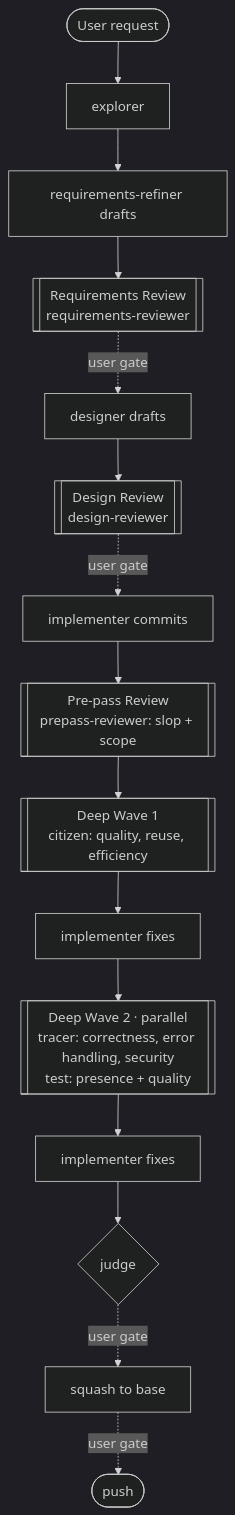
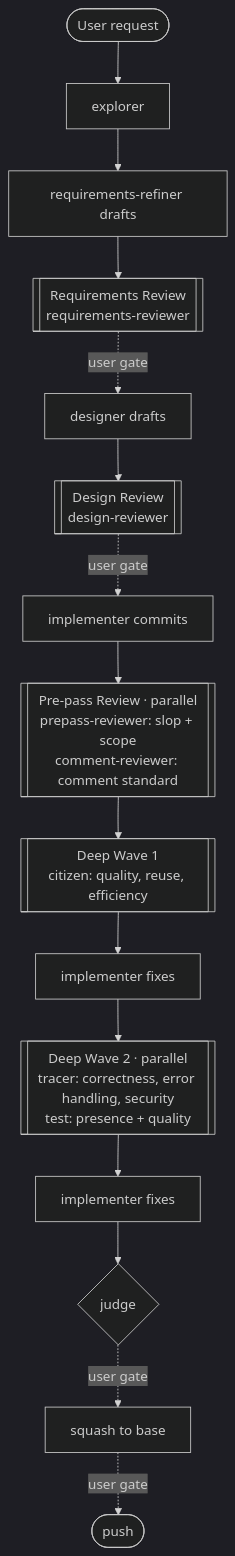
Before and after one commit to rnortman/claude-plugins: the first of 3 diagrams in README.md, drawn with Mermaid (dark theme). The commit also changed other lines of this file and 9 other files, not shown here.

First line of the commit message:
Bump review-chain to 0.23.0: dedicated comment-reviewer in pre-pass

````diff
--- a/README.md
+++ b/README.md
@@ -24,17 +24,17 @@
 ```mermaid
 flowchart TD
     user([User request]) --> ex[explorer]
     ex --> rr[requirements-refiner drafts]
     rr --> rrev[[Requirements Review<br/>requirements-reviewer]]
     rrev -. user gate .-> d[designer drafts]
     d --> dr[[Design Review<br/>design-reviewer]]
     dr -. user gate .-> impl[implementer commits]
-    impl --> pp[[Pre-pass Review<br/>prepass-reviewer: slop + scope]]
+    impl --> pp[[Pre-pass Review · parallel<br/>prepass-reviewer: slop + scope<br/>comment-reviewer: comment standard]]
     pp --> w1[[Deep Wave 1<br/>citizen: quality, reuse, efficiency]]
     w1 --> fix1[implementer fixes]
     fix1 --> w2[[Deep Wave 2 · parallel<br/>tracer: correctness, error handling, security<br/>test: presence + quality]]
     w2 --> fix2[implementer fixes]
     fix2 --> dj{judge}
     dj -. user gate .-> sq[squash to base]
     sq -. user gate .-> push([push])
 ```
````
